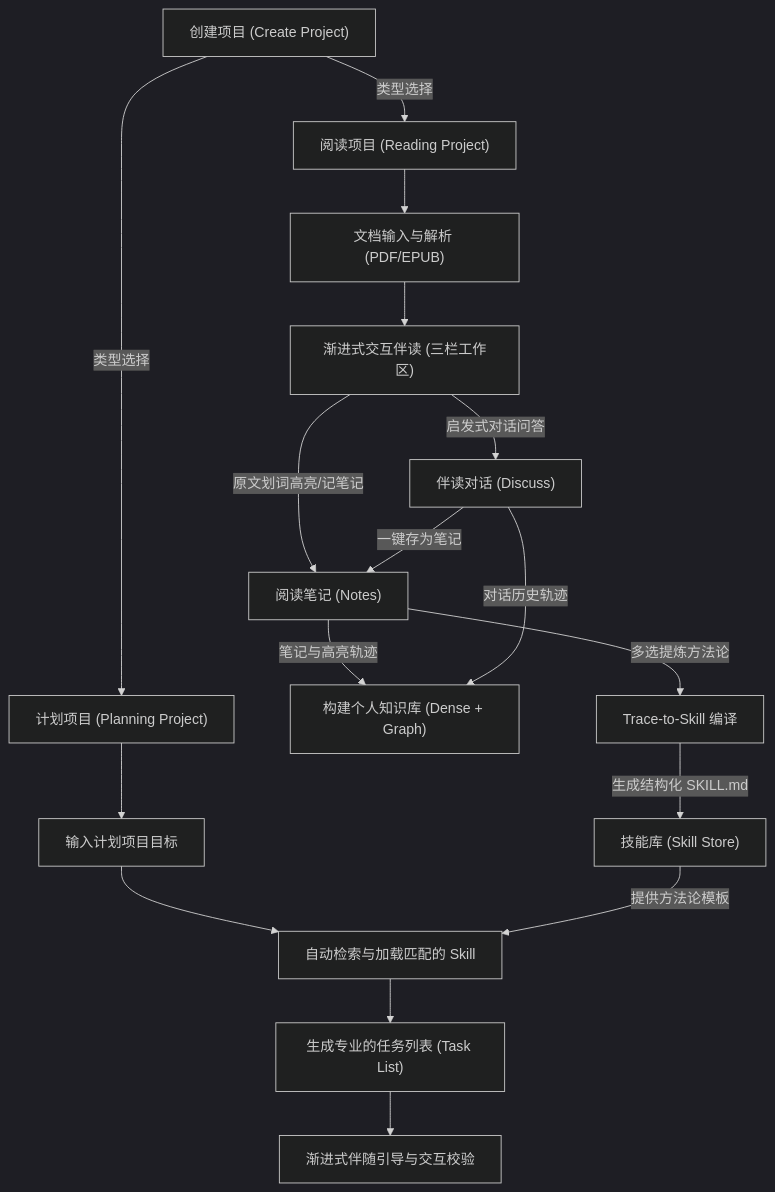
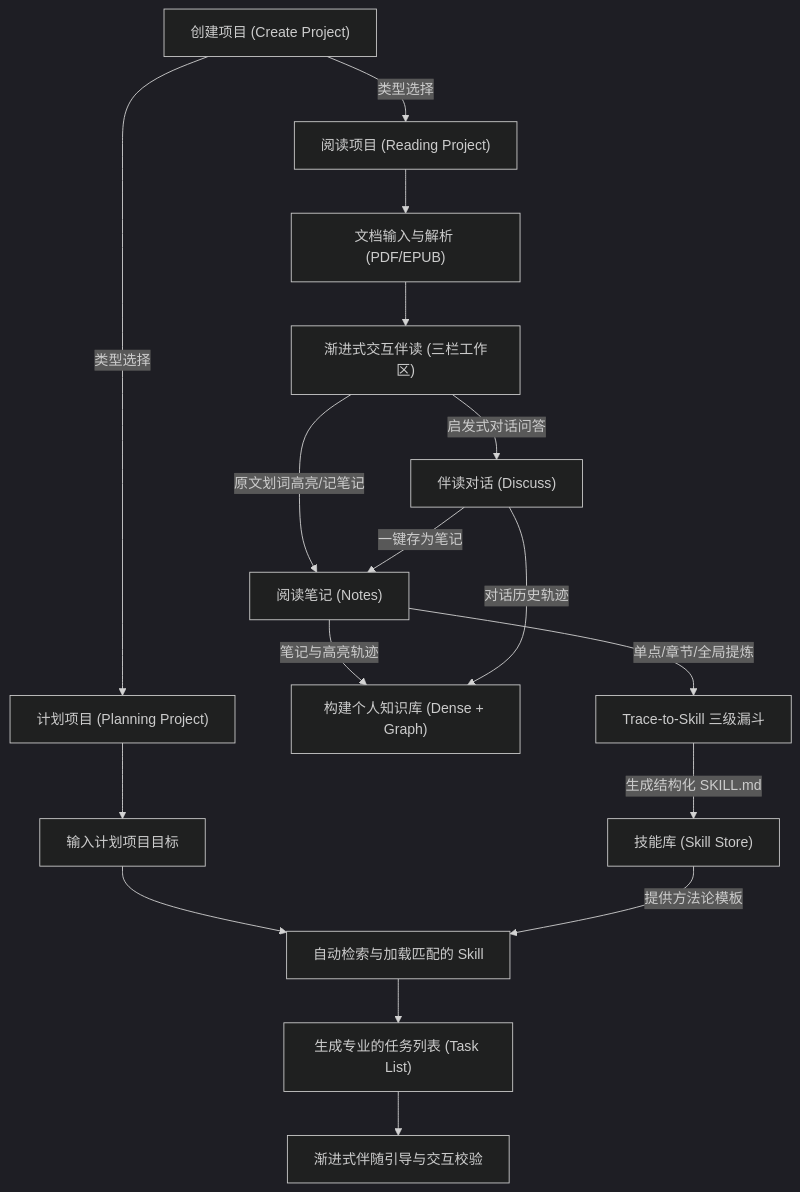
The second of 2 diagrams in docs/01_business_research/business_research.md (shanglihong/i-have-a-plan), drawn with Mermaid (dark theme) before and after one commit. The commit also changed other lines of this file and 4 other files, not shown here.

````diff
--- a/docs/01_business_research/business_research.md
+++ b/docs/01_business_research/business_research.md
@@ -82,24 +82,24 @@
 ```mermaid
 graph TD
     Start["创建项目 (Create Project)"] -->|类型选择| ReadProj["阅读项目 (Reading Project)"]
     Start -->|类型选择| PlanProj["计划项目 (Planning Project)"]
     
     ReadProj --> Ingest["文档输入与解析 (PDF/EPUB)"]
     Ingest --> CoRead["渐进式交互伴读 (三栏工作区)"]
     
     CoRead -->|原文划词高亮/记笔记| Notes["阅读笔记 (Notes)"]
     CoRead -->|启发式对话问答| Discuss["伴读对话 (Discuss)"]
     Discuss -->|一键存为笔记| Notes
     
     Notes -->|笔记与高亮轨迹| KB["构建个人知识库 (Dense + Graph)"]
     Discuss -->|对话历史轨迹| KB
-    Notes -->|多选提炼方法论| SkillExtract["Trace-to-Skill 编译"]
+    Notes -->|单点/章节/全局提炼| SkillExtract["Trace-to-Skill 三级漏斗"]
     
     SkillExtract -->|生成结构化 SKILL.md| Store["技能库 (Skill Store)"]
     
     PlanProj --> PlanInput["输入计划项目目标"]
     PlanInput --> Match["自动检索与加载匹配的 Skill"]
     Store -->|提供方法论模板| Match
     Match --> TaskGen["生成专业的任务列表 (Task List)"]
     TaskGen --> Execute["渐进式伴随引导与交互校验"]
 ```
````
